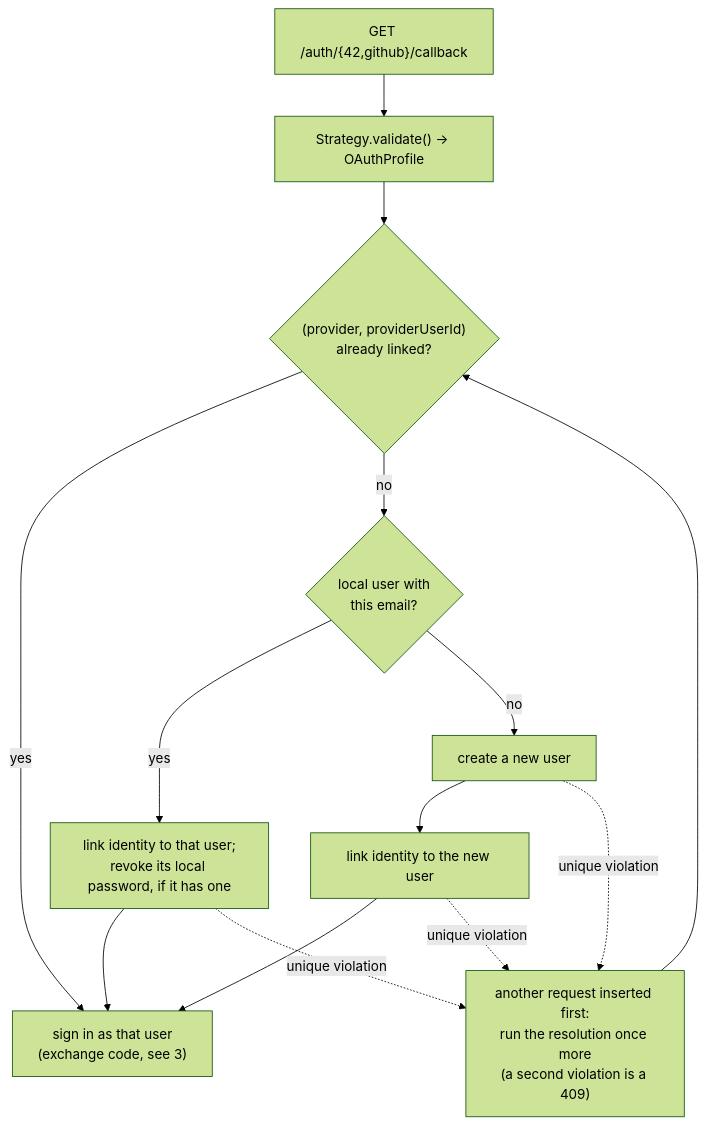
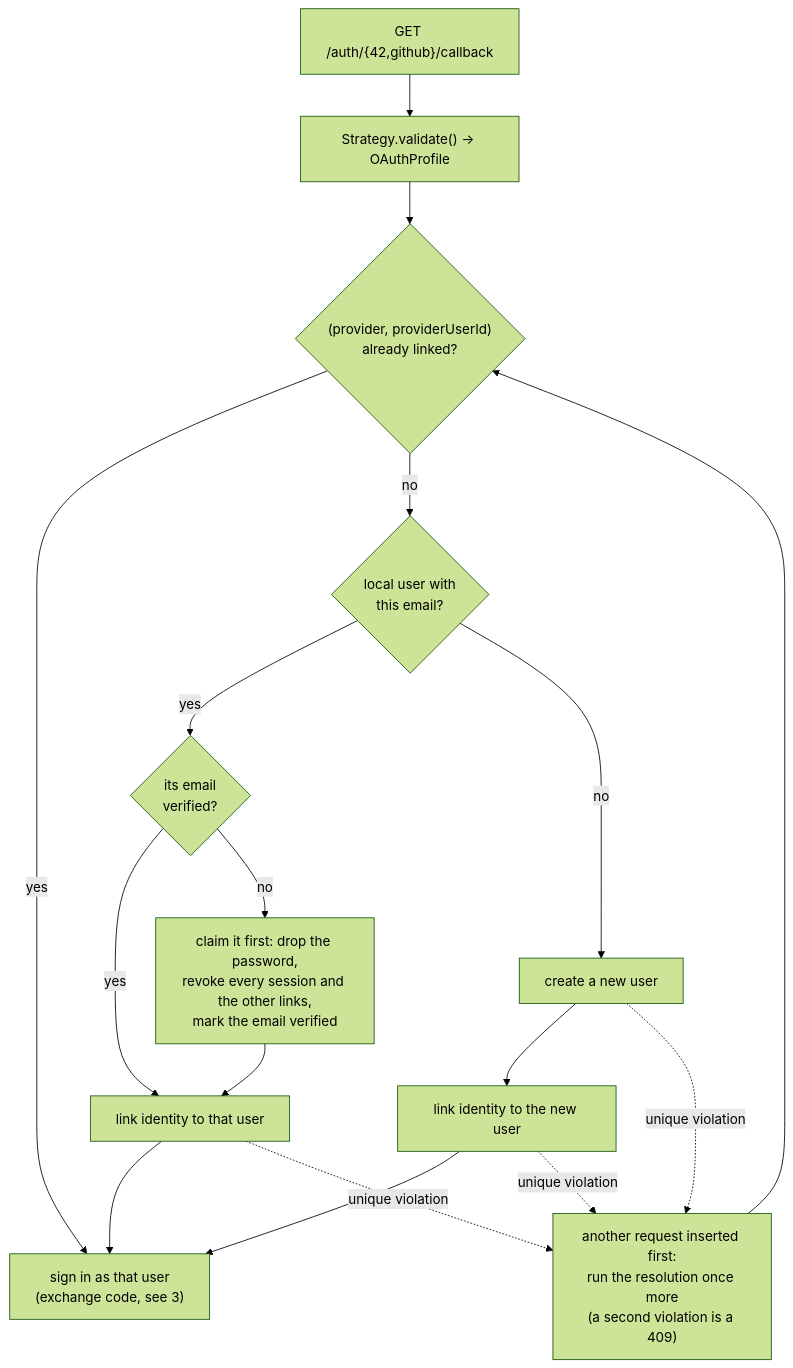
Before and after one commit to kidp8479/42_hypertube: the fifth of 10 diagrams in docs/diagrams/auth.md, drawn with Mermaid (forest theme). The commit also changed other lines of this file and 5 other files, not shown here.

````diff
--- a/docs/diagrams/auth.md
+++ b/docs/diagrams/auth.md
@@ -129,14 +130,17 @@
 ```mermaid
 flowchart TD
     A["GET /auth/{42,github}/callback"] --> B["Strategy.validate() -> OAuthProfile"]
     B --> C{"(provider, providerUserId)<br/>already linked?"}
     C -- yes --> L["sign in as that user<br/>(exchange code, see 3)"]
     C -- no --> E{"local user with<br/>this email?"}
-    E -- yes --> G["link identity to that user;<br/>revoke its local password, if it has one"]
+    E -- yes --> V{"its email<br/>verified?"}
+    V -- yes --> G["link identity to that user"]
+    V -- no --> K["claim it first: drop the password,<br/>revoke every session and the other links,<br/>mark the email verified"]
+    K --> G
     E -- no --> F["create a new user"]
     F --> H["link identity to the new user"]
     G --> L
     H --> L
     F & G & H -. "unique violation" .-> C2["another request inserted first:<br/>run the resolution once more<br/>(a second violation is a 409)"]
     C2 --> C
 ```
````
